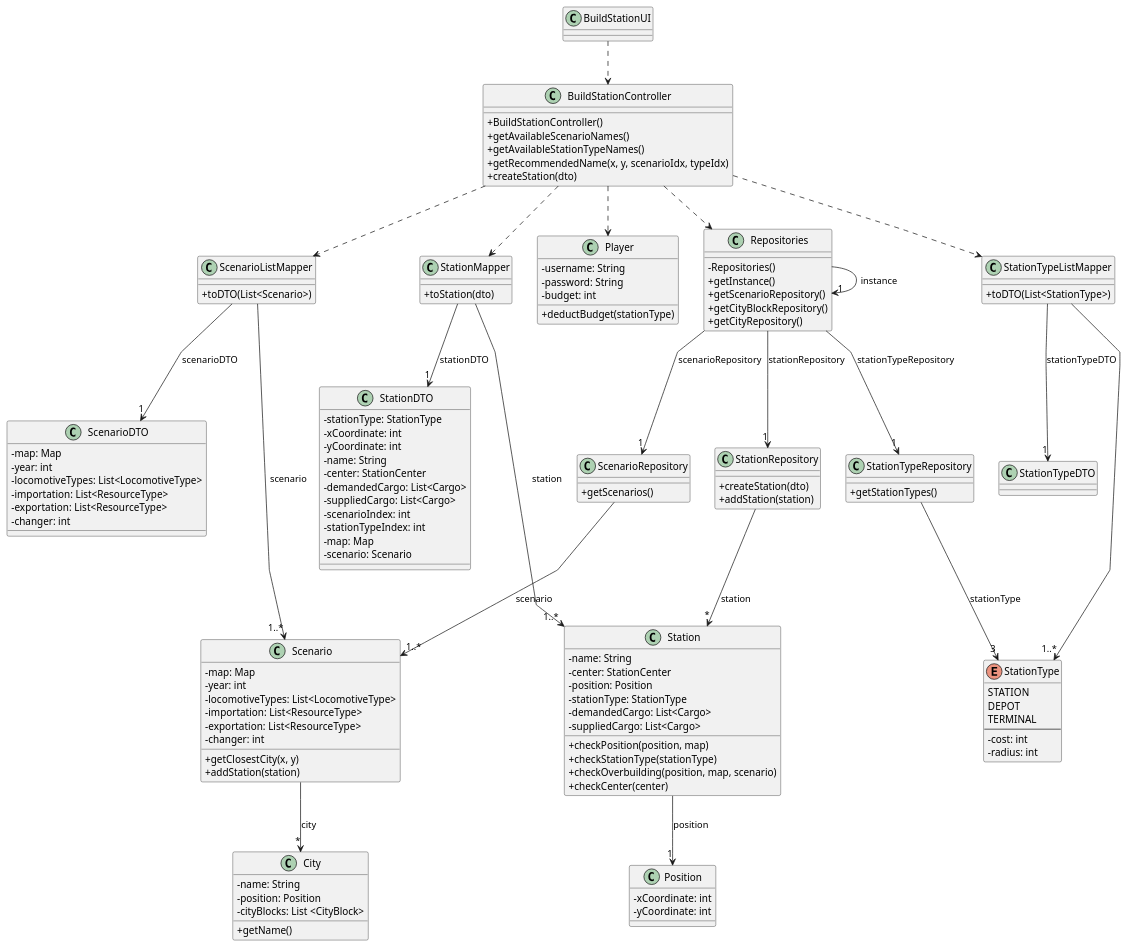
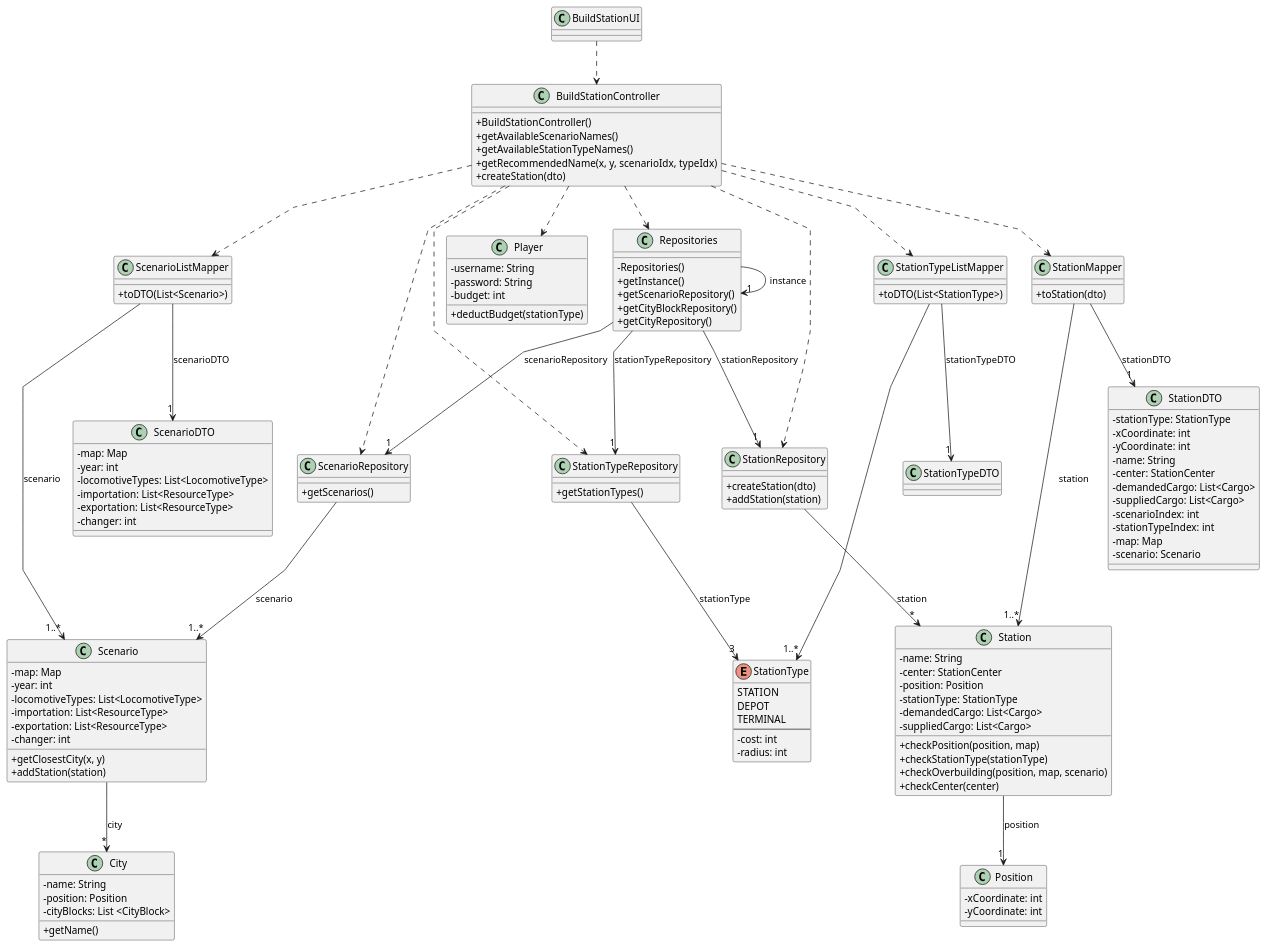
One commit to 1240935/pi2-railway-simulator changed the diagram in Sprint3/US005/03.design/puml/US005-CD.puml. Above: the diagram before and after it, drawn with PlantUML. The commit also changed 14 other files, not shown here.

```diff
--- a/Sprint3/US005/03.design/puml/US005-CD.puml
+++ b/Sprint3/US005/03.design/puml/US005-CD.puml
@@ -1,158 +1,161 @@
 @startuml
 'skinparam monochrome true
 skinparam packageStyle rectangle
 skinparam shadowing false
 skinparam linetype polyline
 'skinparam linetype orto
 
 skinparam classAttributeIconSize 0
 
 class BuildStationUI
 
 class BuildStationController {
     + BuildStationController()
     + getAvailableScenarioNames()
     + getAvailableStationTypeNames()
     + getRecommendedName(x, y, scenarioIdx, typeIdx)
     + createStation(dto)
 }
 
 class Scenario {
     - map: Map
     - year: int
     - locomotiveTypes: List<LocomotiveType>
     - importation: List<ResourceType>
     - exportation: List<ResourceType>
     - changer: int
     + getClosestCity(x, y)
     + addStation(station)
 }
 
 class City {
     -name: String
     -position: Position
     -cityBlocks: List <CityBlock>
     + getName()
 }
 
 class Station {
     -name: String
     -center: StationCenter
     -position: Position
     -stationType: StationType
     -demandedCargo: List<Cargo>
     -suppliedCargo: List<Cargo>
     + checkPosition(position, map)
     + checkStationType(stationType)
     + checkOverbuilding(position, map, scenario)
     + checkCenter(center)
 }
 
 class Position {
     -xCoordinate: int
     -yCoordinate: int
 }
 
 class Player {
     - username: String
     - password: String
     - budget: int
     + deductBudget(stationType)
 }
 
 class ScenarioRepository {
     + getScenarios()
 }
 
 class StationTypeRepository {
     + getStationTypes()
 }
 class StationRepository {
     + createStation(dto)
     + addStation(station)
 }
 
 class ScenarioListMapper {
     + toDTO(List<Scenario>)
 }
 
 class StationTypeListMapper {
     + toDTO(List<StationType>)
 }
 
 class StationMapper {
     + toStation(dto)
 }
 
 class ScenarioDTO{
     -map: Map
     -year: int
     -locomotiveTypes: List<LocomotiveType>
     -importation: List<ResourceType>
     -exportation: List<ResourceType>
     -changer: int
 }
 
 class StationTypeDTO{
 }
 
 class StationDTO {
     - stationType: StationType
     - xCoordinate: int
     - yCoordinate: int
     - name: String
     - center: StationCenter
     - demandedCargo: List<Cargo>
     - suppliedCargo: List<Cargo>
     - scenarioIndex: int
     - stationTypeIndex: int
     - map: Map
     - scenario: Scenario
 }
 
 enum StationType{
     STATION
     DEPOT
     TERMINAL
     --
     -cost: int
     -radius: int
 }
 
 class Repositories {
   -Repositories()
   +getInstance()
   +getScenarioRepository()
   +getCityBlockRepository()
   +getCityRepository()
 }
 
 BuildStationUI ..> BuildStationController
 
 BuildStationController..> Repositories
 
 Repositories -> "1" Repositories : instance
 Repositories --> "1" ScenarioRepository: scenarioRepository
 Repositories --> "1" StationTypeRepository: stationTypeRepository
 Repositories --> "1" StationRepository: stationRepository
 
 BuildStationController ..> ScenarioListMapper
 BuildStationController ..> StationTypeListMapper
 BuildStationController ..> StationMapper
 BuildStationController ..> Player
+BuildStationController ..> ScenarioRepository
+BuildStationController ..> StationRepository
+BuildStationController ..> StationTypeRepository
 
 ScenarioRepository --> "1..*" Scenario: scenario
 StationTypeRepository --> "3" StationType: stationType
 StationRepository --> "*" Station: station
 
 ScenarioListMapper --> "1" ScenarioDTO: scenarioDTO
 ScenarioListMapper --> "1..*" Scenario: scenario
 StationTypeListMapper --> "1" StationTypeDTO: stationTypeDTO
 StationTypeListMapper --> "1..*" StationType
 StationMapper --> "1..*" Station: station
 StationMapper --> "1" StationDTO: stationDTO
 
 Scenario --> "*" City: city
 Station --> "1" Position: position
 
 @enduml
```
